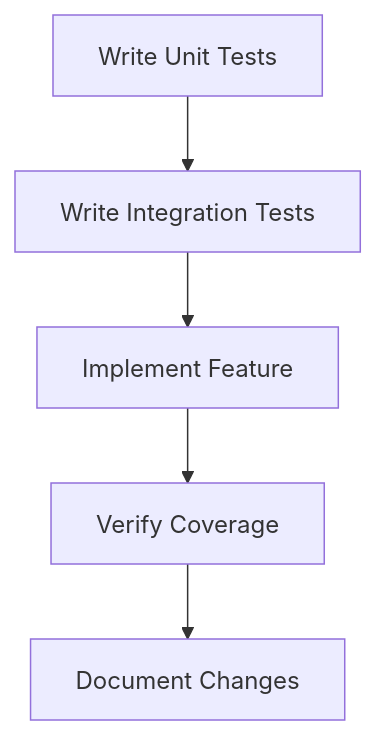
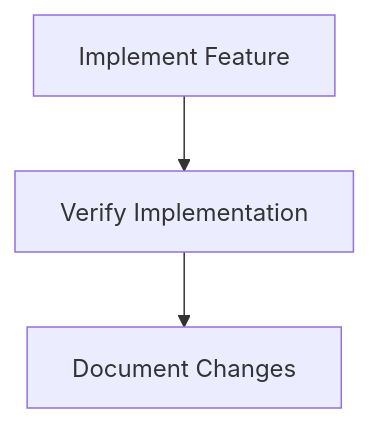
The second of 2 diagrams in docs/development/cursor_workflow.md (korykilpatrick/HelpHut), drawn with Mermaid before and after one commit. The commit also changed other lines of this file and 112 other files, not shown here.

````diff
--- a/docs/development/cursor_workflow.md
+++ b/docs/development/cursor_workflow.md
@@ -15,7 +14,5 @@
 ```mermaid
 graph TD
-    A[Write Unit Tests] --> B[Write Integration Tests]
-    B --> C[Implement Feature]
-    C --> D[Verify Coverage]
-    D --> E[Document Changes]
+    A[Implement Feature] --> B[Verify Implementation]
+    B --> C[Document Changes]
 ```
````
